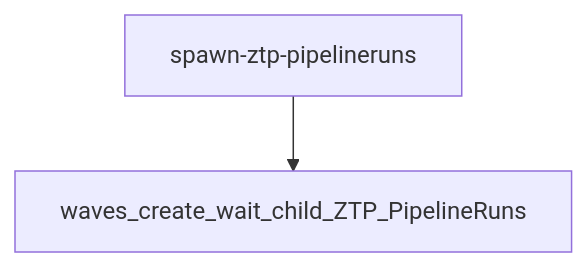
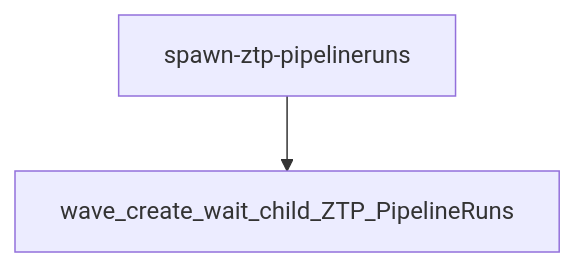
One commit to aprincipRedhat/rh-summit-gitops-tmobile changed the second of 4 diagrams in cluster-automation/README.md. Above: the diagram before and after it, drawn with Mermaid. The commit also changed other lines of this file and 29 other files, not shown here.

````diff
--- a/cluster-automation/README.md
+++ b/cluster-automation/README.md
@@ -44,4 +33,4 @@
 ```mermaid
 flowchart TD
-  SP[spawn-ztp-pipelineruns] --> W[waves_create_wait_child_ZTP_PipelineRuns]
+  SP[spawn-ztp-pipelineruns] --> W[wave_create_wait_child_ZTP_PipelineRuns]
 ```
````
